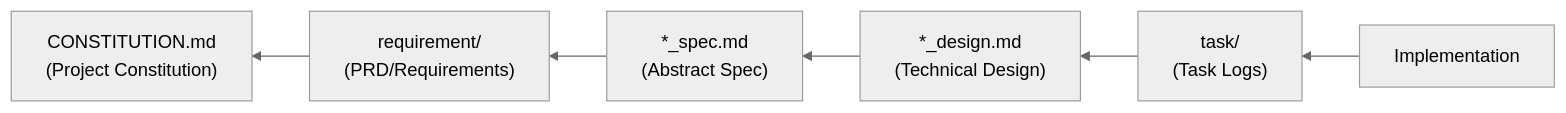
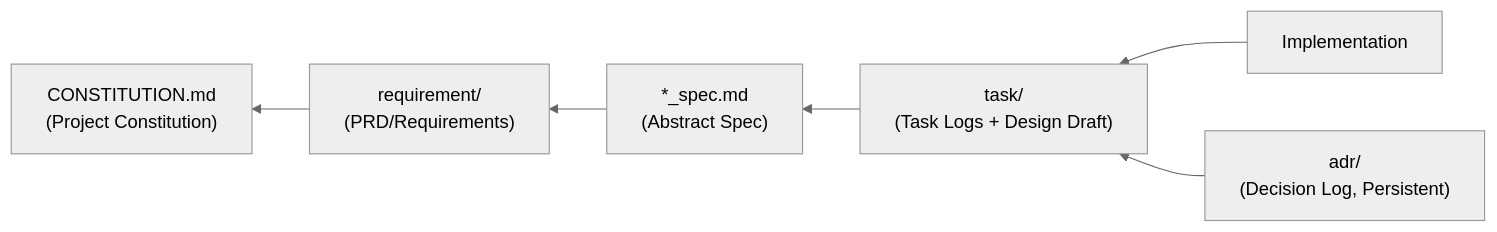
Before and after one commit to ToshikiImagawa/ai-sdd-workflow-dev: the diagram in .sdd/AI-SDD-PRINCIPLES.md, drawn with Mermaid (neutral theme). The commit also changed other lines of this file and 1 other file, not shown here.

Commit message:
Update AI-SDD principles to v5.0.0, revise documentation rules, and adapt directory structure for ADR. (#136)

````diff
--- a/.sdd/AI-SDD-PRINCIPLES.md
+++ b/.sdd/AI-SDD-PRINCIPLES.md
@@ -295,8 +329,8 @@
 ```mermaid
 graph RL
-    IMPL[Implementation] --> TASK["task/<br/>(Task Logs)"]
-    TASK --> DESIGN["*_design.md<br/>(Technical Design)"]
-    DESIGN --> SPEC["*_spec.md<br/>(Abstract Spec)"]
+    IMPL[Implementation] --> TASK["task/<br/>(Task Logs + Design Draft)"]
+    TASK --> SPEC["*_spec.md<br/>(Abstract Spec)"]
     SPEC --> PRD["requirement/<br/>(PRD/Requirements)"]
     PRD --> CONST["CONSTITUTION.md<br/>(Project Constitution)"]
+    ADR["adr/<br/>(Decision Log, Persistent)"] --> TASK
 ```
````
